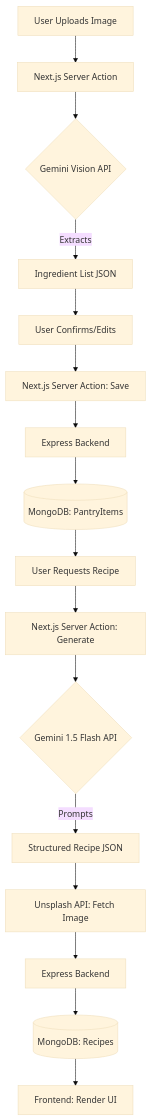
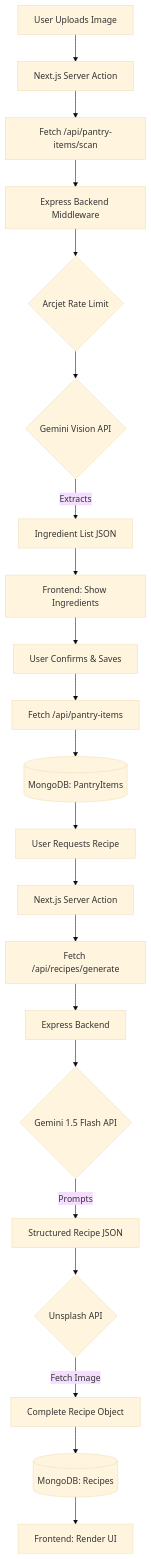
One commit to rushikesh254/original changed the diagram in doc/PROJECT_STRUCTURE_AND_FLOW.md. Above: the diagram before and after it, drawn with Mermaid (base theme). The commit also changed other lines of this file and 3446 other files, not shown here.

````diff
--- a/doc/PROJECT_STRUCTURE_AND_FLOW.md
+++ b/doc/PROJECT_STRUCTURE_AND_FLOW.md
@@ -81,19 +83,24 @@
 ```mermaid
 graph TD
     A[User Uploads Image] --> B[Next.js Server Action]
-    B --> C{Gemini Vision API}
-    C -->|Extracts| D[Ingredient List JSON]
-    D --> E[User Confirms/Edits]
-    E --> F[Next.js Server Action: Save]
-    F --> G[Express Backend]
-    G --> H[(MongoDB: PantryItems)]
+    B --> C[Fetch /api/pantry-items/scan]
+    C --> D[Express Backend Middleware]
+    D --> E{Arcjet Rate Limit}
+    E --> F{Gemini Vision API}
+    F -->|Extracts| G[Ingredient List JSON]
+    G --> H[Frontend: Show Ingredients]
+    H --> I[User Confirms & Saves]
+    I --> J[Fetch /api/pantry-items]
+    J --> K[(MongoDB: PantryItems)]
 
-    H --> I[User Requests Recipe]
-    I --> J[Next.js Server Action: Generate]
-    J --> K{Gemini 1.5 Flash API}
-    K -->|Prompts| L[Structured Recipe JSON]
-    L --> M[Unsplash API: Fetch Image]
-    M --> N[Express Backend]
-    N --> O[(MongoDB: Recipes)]
-    O --> P[Frontend: Render UI]
+    K --> L[User Requests Recipe]
+    L --> M[Next.js Server Action]
+    M --> N[Fetch /api/recipes/generate]
+    N --> O[Express Backend]
+    O --> P{Gemini 1.5 Flash API}
+    P -->|Prompts| Q[Structured Recipe JSON]
+    Q --> R{Unsplash API}
+    R -->|Fetch Image| S[Complete Recipe Object]
+    S --> T[(MongoDB: Recipes)]
+    T --> U[Frontend: Render UI]
 ```
````
